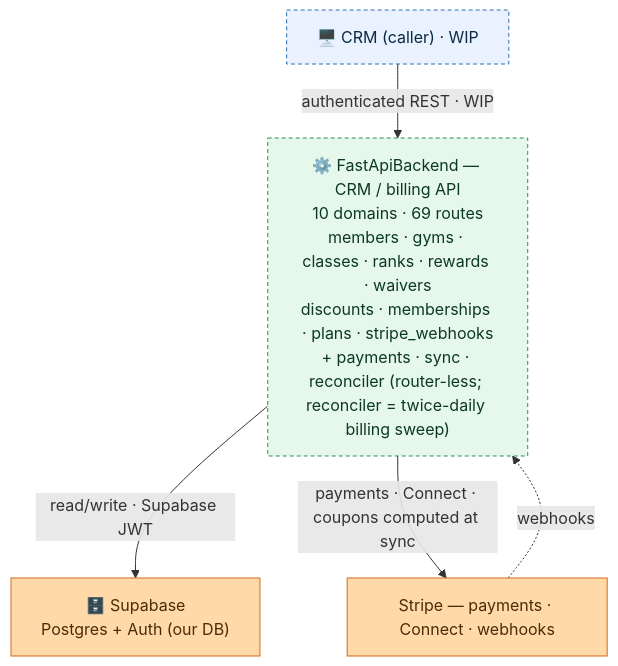
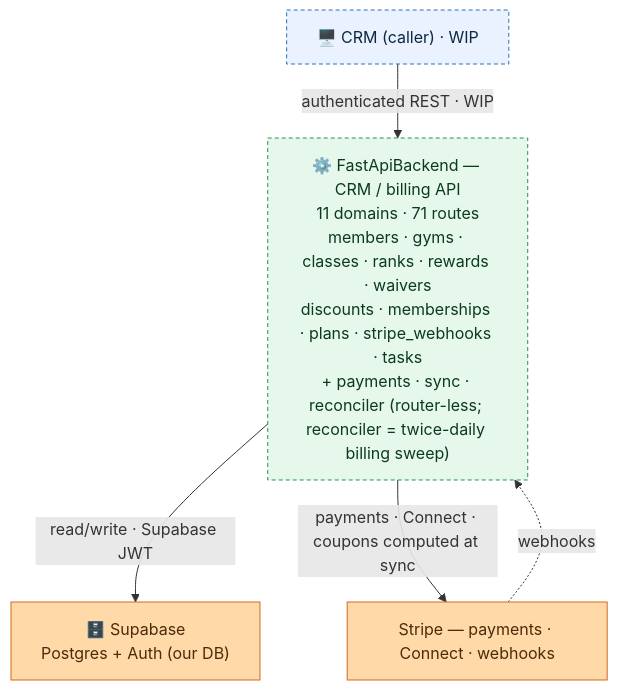
Before and after one commit to jesse51002/CombatDen: the diagram in FastApiBackend/README.md, drawn with Mermaid. The commit also changed other lines of this file and 12 other files, not shown here.

````diff
--- a/FastApiBackend/README.md
+++ b/FastApiBackend/README.md
@@ -15,19 +15,19 @@
 ```mermaid
 flowchart TB
   CRM["🖥️ CRM (caller) · WIP"]
-  FB["⚙️ FastApiBackend — CRM / billing API<br/>10 domains · 69 routes<br/>members · gyms · classes · ranks · rewards · waivers<br/>discounts · memberships · plans · stripe_webhooks<br/>+ payments · sync · reconciler (router-less; reconciler = twice-daily billing sweep)"]
+  FB["⚙️ FastApiBackend — CRM / billing API<br/>11 domains · 71 routes<br/>members · gyms · classes · ranks · rewards · waivers<br/>discounts · memberships · plans · stripe_webhooks · tasks<br/>+ payments · sync · reconciler (router-less; reconciler = twice-daily billing sweep)"]
   Supabase["🗄️ Supabase<br/>Postgres + Auth (our DB)"]
   Stripe["Stripe — payments · Connect · webhooks"]
   CRM -->|"authenticated REST · WIP"| FB
   FB -->|"read/write · Supabase JWT"| Supabase
   FB -->|"payments · Connect · coupons computed at sync"| Stripe
   Stripe -.->|"webhooks"| FB
   classDef client fill:#eaf2ff,stroke:#2f6fb0,color:#0b2942;
   classDef svc fill:#e6f7ec,stroke:#2f8f53,color:#0c3a1f;
   classDef ext fill:#ffd9a8,stroke:#d2691e,color:#4a2c08;
   class CRM client;
   class FB svc;
   class Supabase,Stripe ext;
   style CRM stroke-dasharray:4 3;
   style FB stroke-dasharray:4 3;
 ```
````
